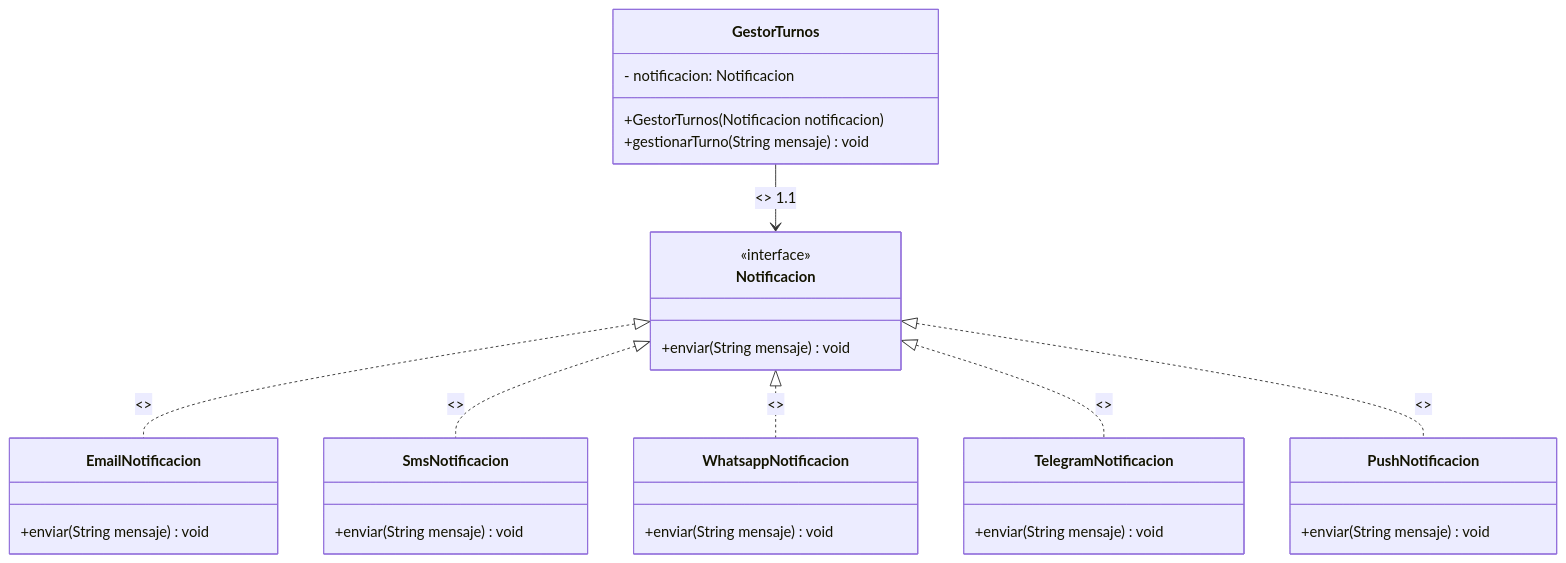
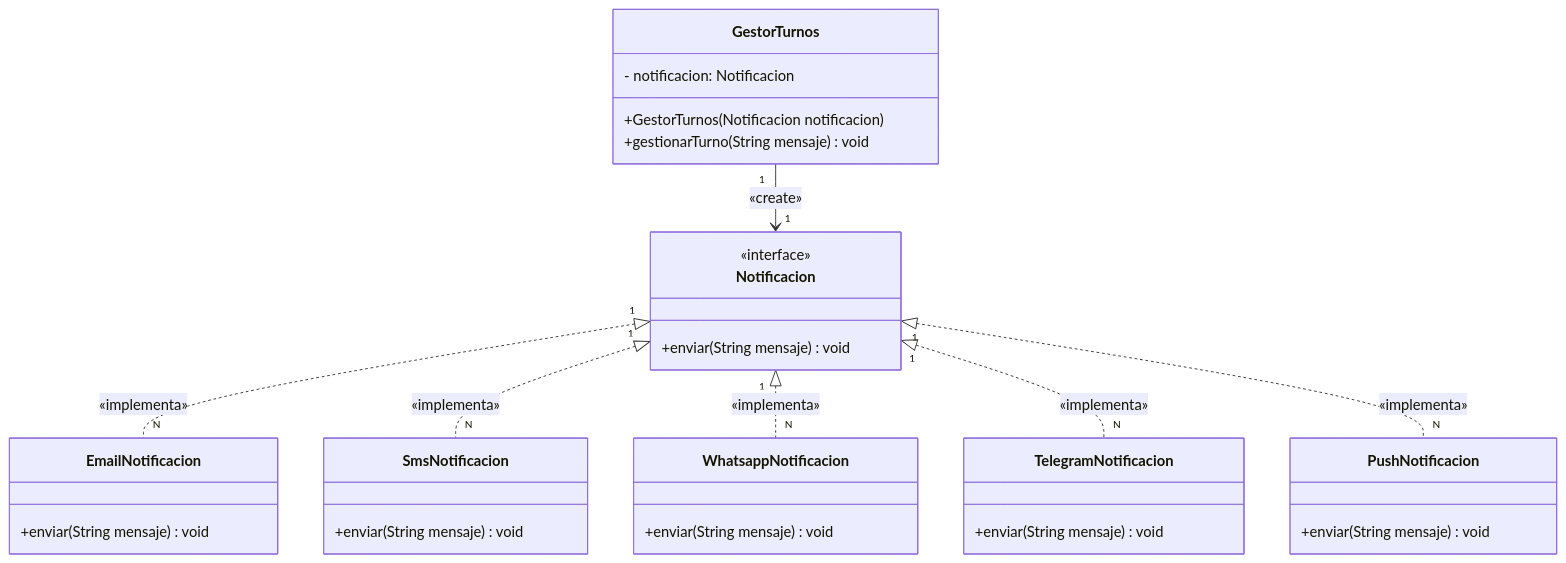
The diagram in unidad1/semana2_solid/docs/resolucion.md (santiagovOK/UTN-TUPaD-MS2), drawn with Mermaid before and after one commit. The commit also changed other lines of this file and 1 other file, not shown here.

Commit message:
feat(unidad1-semana2): diagrama uml añadido

````diff
--- a/unidad1/semana2_solid/docs/resolucion.md
+++ b/unidad1/semana2_solid/docs/resolucion.md
@@ -27,46 +27,46 @@
 ```mermaid
 classDiagram
     class Notificacion {
         <<interface>>
         +enviar(String mensaje) void
     }
 
     class EmailNotificacion {
         +enviar(String mensaje) void
     }
 
     class SmsNotificacion {
         +enviar(String mensaje) void
     }
 
     class WhatsappNotificacion {
         +enviar(String mensaje) void
     }
 
     class TelegramNotificacion {
         +enviar(String mensaje) void
     }
 
     class PushNotificacion {
         +enviar(String mensaje) void
     }
 
     class GestorTurnos {
         - notificacion: Notificacion
         +GestorTurnos(Notificacion notificacion)
         +gestionarTurno(String mensaje) void
     }
 
-    %% Relación 1: Implementación (realization) — las clases concretas satisfacen el contrato de la interfaz
-    Notificacion <|.. EmailNotificacion : <<implementa>>
-    Notificacion <|.. SmsNotificacion : <<implementa>>
-    Notificacion <|.. WhatsappNotificacion : <<implementa>>
-    Notificacion <|.. TelegramNotificacion : <<implementa>>
-    Notificacion <|.. PushNotificacion : <<implementa>>
+    %% Relación 1: Implementación — las clases concretas satisfacen el contrato de la interfaz
+    Notificacion "1" <|.. "N" EmailNotificacion : «implementa»
+    Notificacion "1" <|.. "N" SmsNotificacion : «implementa»
+    Notificacion "1" <|.. "N" WhatsappNotificacion : «implementa»
+    Notificacion "1" <|.. "N" TelegramNotificacion : «implementa»
+    Notificacion "1" <|.. "N" PushNotificacion : «implementa»
 
-    %% Relación 2: Asociación unidireccional (inyección de dependencias vía constructor) — DIP
-    GestorTurnos --> Notificacion : <<inyecta>> 1.1
+    %% Relación 2 y 3: Asociación unidireccional (inyección de dependencias vía constructor) — DIP
+    GestorTurnos "1" --> "1" Notificacion : «create»
 
     %% Relación 3: Dependencia de creación (el gestor requiere una instancia de la abstracción)
     %% (Representada implícitamente por la asociación unidireccional anterior)
 ```
````
